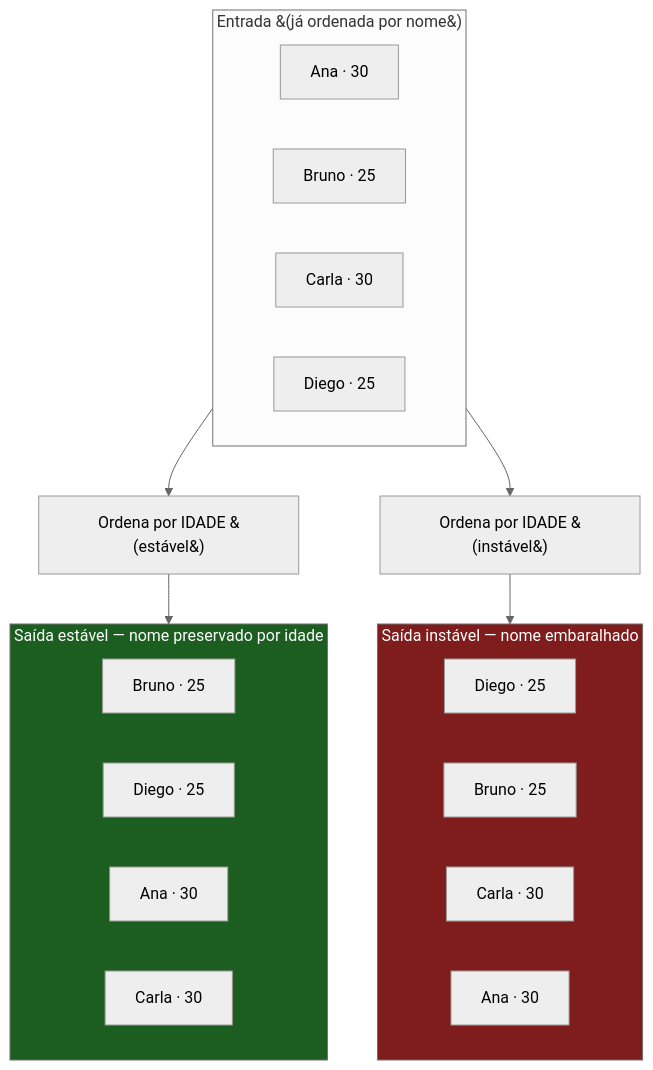
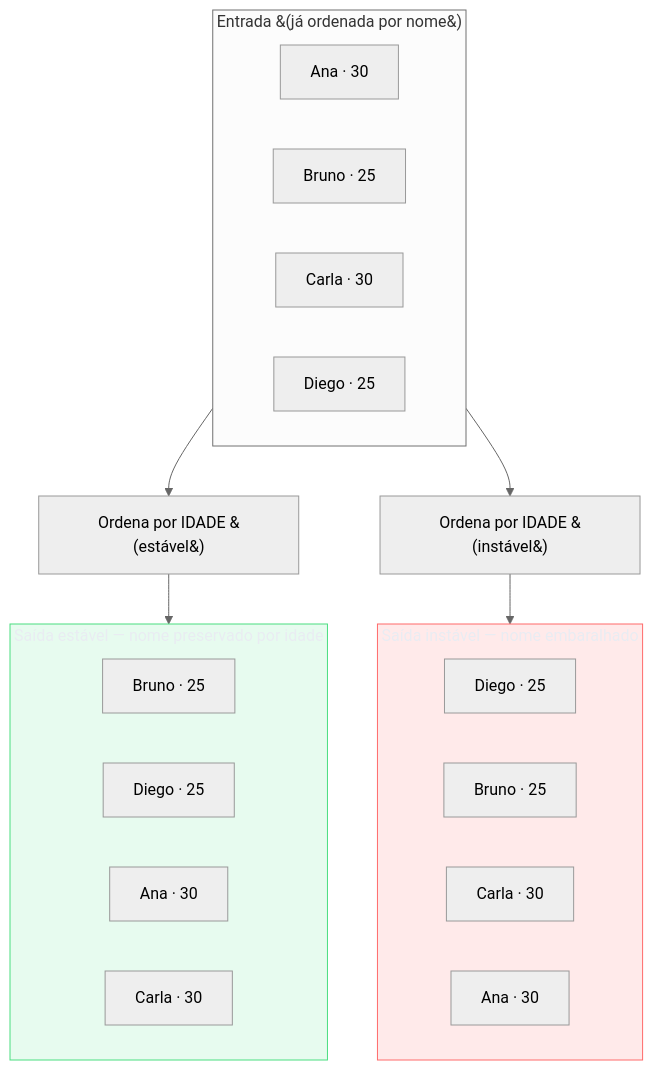
Before and after one commit to josenaldo/codex-technomanticus: the first of 6 diagrams in 03-Dominios/Ciência/Algoritmos/07 - Ordenação.md, drawn with Mermaid (neutral theme). The commit also changed other lines of this file and 1181 other files, not shown here.

First line of the commit message:
fix(diagramas): paleta do sistema no lugar de cor cravada no markdown

````diff
--- a/03-Dominios/Ciência/Algoritmos/07 - Ordenação.md
+++ b/03-Dominios/Ciência/Algoritmos/07 - Ordenação.md
@@ -82,32 +82,34 @@
 ```mermaid
 flowchart TB
+    classDef ok fill:#4ADE8021,stroke:#4ADE80,color:#E9ECF2
+    classDef falha fill:#FF6B6B24,stroke:#FF6B6B,color:#E9ECF2
     subgraph entrada["Entrada &#40;já ordenada por nome&#41;"]
         E1["Ana &middot; 30"]
         E2["Bruno &middot; 25"]
         E3["Carla &middot; 30"]
         E4["Diego &middot; 25"]
     end
 
     entrada --> est["Ordena por IDADE &#40;estável&#41;"]
     entrada --> ins["Ordena por IDADE &#40;instável&#41;"]
 
     subgraph saidaE["Saída estável &mdash; nome preservado por idade"]
         S1["Bruno &middot; 25"]
         S2["Diego &middot; 25"]
         S3["Ana &middot; 30"]
         S4["Carla &middot; 30"]
     end
 
     subgraph saidaI["Saída instável &mdash; nome embaralhado"]
         I1["Diego &middot; 25"]
         I2["Bruno &middot; 25"]
         I3["Carla &middot; 30"]
         I4["Ana &middot; 30"]
     end
 
     est --> saidaE
     ins --> saidaI
 
-    style saidaE fill:#1b5e20,color:#fff
-    style saidaI fill:#7f1d1d,color:#fff
+    class saidaE ok
+    class saidaI falha
 ```
````
